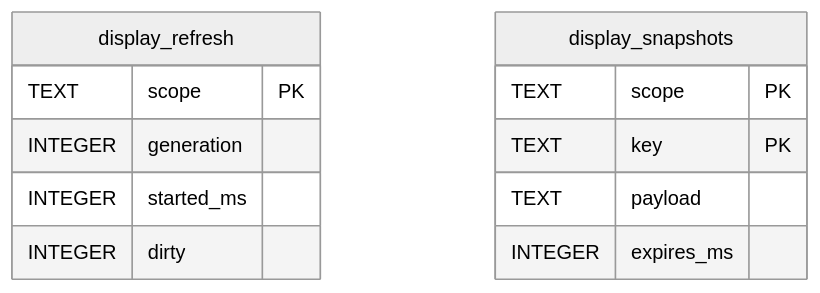
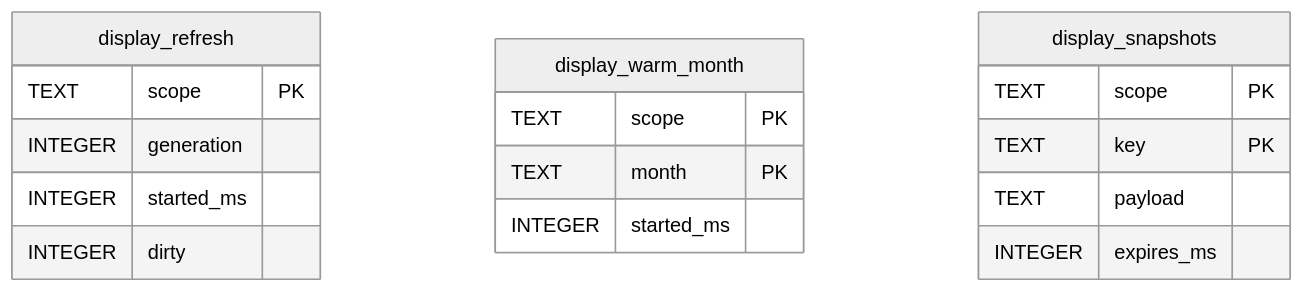
Before and after one commit to soccerbotstudiosg/soccerbotstudioSG: the eighth of 8 diagrams in docs/architecture/database-schema.md, drawn with Mermaid (neutral theme). The commit also changed other lines of this file and 41 other files, not shown here.

````diff
--- a/docs/architecture/database-schema.md
+++ b/docs/architecture/database-schema.md
@@ -250,15 +258,20 @@
 ```mermaid
 erDiagram
   display_refresh {
     TEXT scope PK
     INTEGER generation
     INTEGER started_ms
     INTEGER dirty
   }
+  display_warm_month {
+    TEXT scope PK
+    TEXT month PK
+    INTEGER started_ms
+  }
   display_snapshots {
     TEXT scope PK
     TEXT key PK
     TEXT payload
     INTEGER expires_ms
   }
 ```
````
